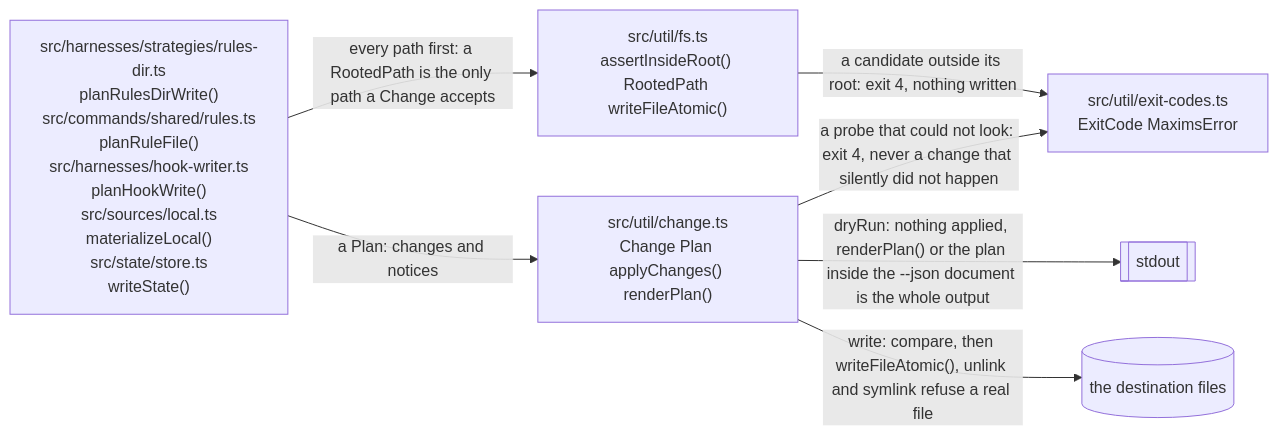
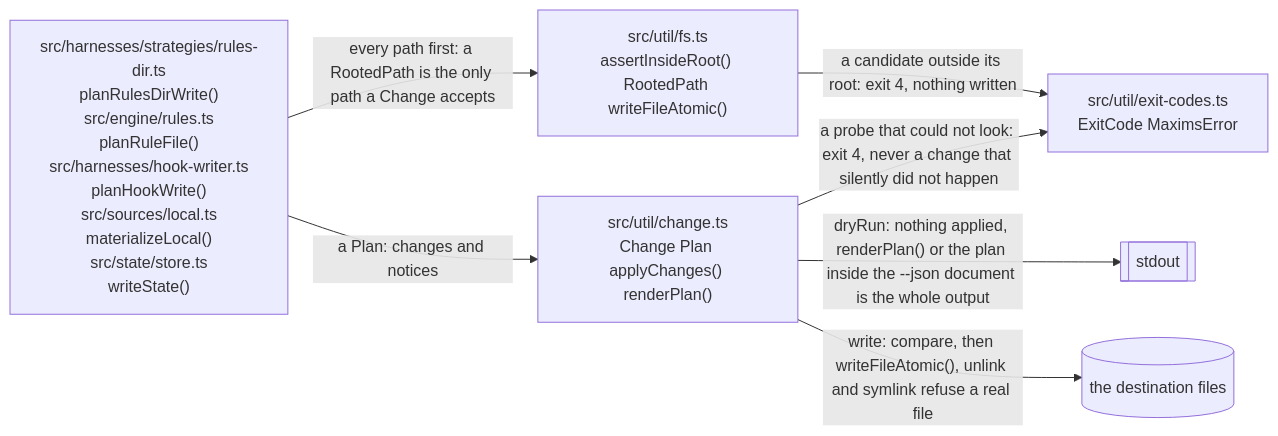
Before and after one commit to Vivswan/maxims: the sixth of 15 diagrams in docs/architecture.md, drawn with Mermaid. The commit also changed other lines of this file and 14 other files, not shown here.

Commit message:
refactor(layout): the sync planner moves to src/engine (#154)

````diff
--- a/docs/architecture.md
+++ b/docs/architecture.md
@@ -233,15 +233,15 @@
 ```mermaid
 flowchart LR
-  planners["src/harnesses/strategies/rules-dir.ts<br>planRulesDirWrite()<br>src/commands/shared/rules.ts<br>planRuleFile()<br>src/harnesses/hook-writer.ts<br>planHookWrite()<br>src/sources/local.ts<br>materializeLocal()<br>src/state/store.ts<br>writeState()"]
+  planners["src/harnesses/strategies/rules-dir.ts<br>planRulesDirWrite()<br>src/engine/rules.ts<br>planRuleFile()<br>src/harnesses/hook-writer.ts<br>planHookWrite()<br>src/sources/local.ts<br>materializeLocal()<br>src/state/store.ts<br>writeState()"]
   fs["src/util/fs.ts<br>assertInsideRoot() RootedPath writeFileAtomic()"]
   change["src/util/change.ts<br>Change Plan applyChanges() renderPlan()"]
   exit["src/util/exit-codes.ts<br>ExitCode MaximsError"]
   stdout[["stdout"]]
   disk[("the destination files")]
   planners -->|"every path first: a RootedPath is the only path a Change accepts"| fs
   fs -->|"a candidate outside its root: exit 4, nothing written"| exit
   planners -->|"a Plan: changes and notices"| change
   change -->|"dryRun: nothing applied, renderPlan() or the plan inside the --json document is the whole output"| stdout
   change -->|"write: compare, then writeFileAtomic(), unlink and symlink refuse a real file"| disk
   change -->|"a probe that could not look: exit 4, never a change that silently did not happen"| exit
 ```
````
